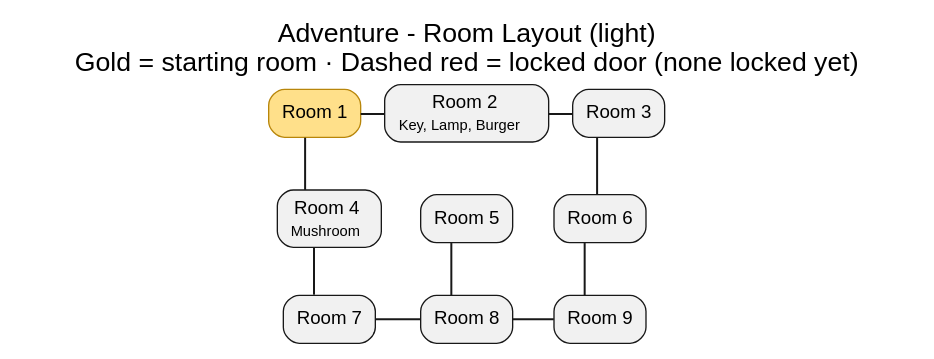
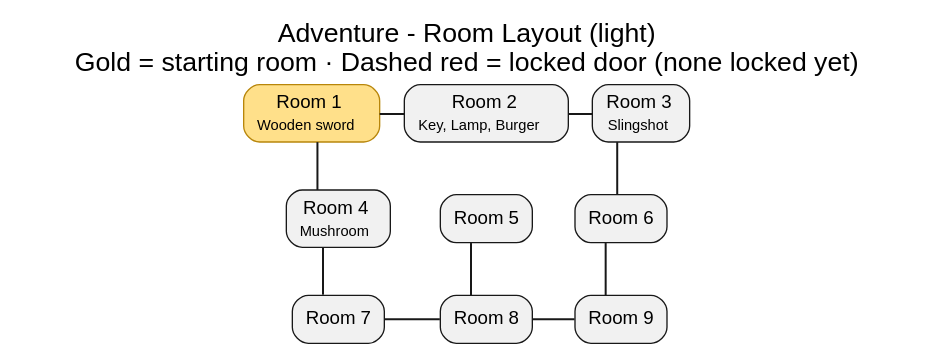
The diagram in docs/room-diagram-light.dot (mwnDK1402/Adventure), drawn with Graphviz before and after one commit. The commit also changed 3 other files, not shown here.

Commit message:
Add wooden sword and slingshot to room layout

```diff
--- a/docs/room-diagram-light.dot
+++ b/docs/room-diagram-light.dot
@@ -1,63 +1,63 @@
 graph Rooms {
     label = "Adventure - Room Layout (light)\nGold = starting room · Dashed red = locked door (none locked yet)";
     labelloc = t;
     fontname = "Helvetica";
     fontsize = 20;
     fontcolor = "#000000";
     bgcolor = "white";
     rankdir = TB;
     splines = ortho;
     node [shape = box, style = "rounded,filled", fontname = "Helvetica", fontsize = 14, fillcolor = "#F1F1F1", color = "#181818", fontcolor = "#000000"];
     edge [color = "#181818", penwidth = 1.5];
 
     { rank = same; r1; r2; r3; }
     { rank = same; r4; r5; r6; }
     { rank = same; r7; r8; r9; }
 
-    r1 [label = "Room 1", fillcolor = "#FFE08A", color = "#B8860B"];
+    r1 [label = <<TABLE BORDER="0" CELLBORDER="0" CELLSPACING="0"><TR><TD>Room 1</TD></TR><TR><TD><FONT POINT-SIZE="11">Wooden sword</FONT></TD></TR></TABLE>>, fillcolor = "#FFE08A", color = "#B8860B"];
     r2 [label = <<TABLE BORDER="0" CELLBORDER="0" CELLSPACING="0"><TR><TD>Room 2</TD></TR><TR><TD><FONT POINT-SIZE="11">Key, Lamp, Burger</FONT></TD></TR></TABLE>>];
-    r3 [label = "Room 3"];
+    r3 [label = <<TABLE BORDER="0" CELLBORDER="0" CELLSPACING="0"><TR><TD>Room 3</TD></TR><TR><TD><FONT POINT-SIZE="11">Slingshot</FONT></TD></TR></TABLE>>];
     r4 [label = <<TABLE BORDER="0" CELLBORDER="0" CELLSPACING="0"><TR><TD>Room 4</TD></TR><TR><TD><FONT POINT-SIZE="11">Mushroom</FONT></TD></TR></TABLE>>];
     r5 [label = "Room 5"];
     r6 [label = "Room 6"];
     r7 [label = "Room 7"];
     r8 [label = "Room 8"];
     r9 [label = "Room 9"];
 
     // Room connections, mirroring Map.buildMap():
     //   room2.setWestEast(room1, room2)   -> r1 -- r2
     //   room1.setNorthSouth(room1, room4) -> r1 -- r4
     //   room3.setWestEast(room2, room3)   -> r2 -- r3
     //   room3.setNorthSouth(room3, room6) -> r3 -- r6
     //   room4.setNorthSouth(room4, room7) -> r4 -- r7
     //   room7.setWestEast(room7, room8)   -> r7 -- r8
     //   room5.setNorthSouth(room5, room8) -> r5 -- r8
     //   room8.setWestEast(room8, room9)   -> r8 -- r9
     //   room6.setNorthSouth(room6, room9) -> r6 -- r9
     r1 -- r2;
     r2 -- r3;
     r3 -- r6;
     r1 -- r4;
     r4 -- r7;
     r7 -- r8;
     r8 -- r9;
     r5 -- r8;
     r6 -- r9;
 
     // Locked doors: none active. Map.buildMap() keeps `room2.setLock(true)`
     // commented out. Note that Room.lock is per-room, not per-direction, so
     // enabling it blocks BOTH approaches to Room 2, not just the one from Room 1:
     //   r1 -- r2 [color = "#C62828", style = "dashed", penwidth = 2.5];
     //   r2 -- r3 [color = "#C62828", style = "dashed", penwidth = 2.5];
 
     // Invisible edges, used only to hold the grid layout
     edge [style = invis, color = "white"];
     r1 -- r4;
     r4 -- r7;
     r2 -- r5;
     r5 -- r8;
     r3 -- r6;
     r6 -- r9;
     r4 -- r5;
     r5 -- r6;
 }
```
